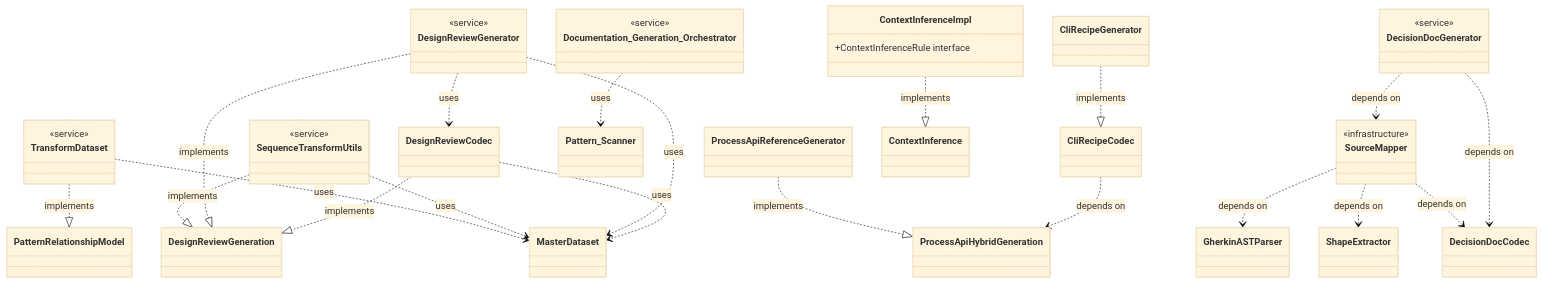
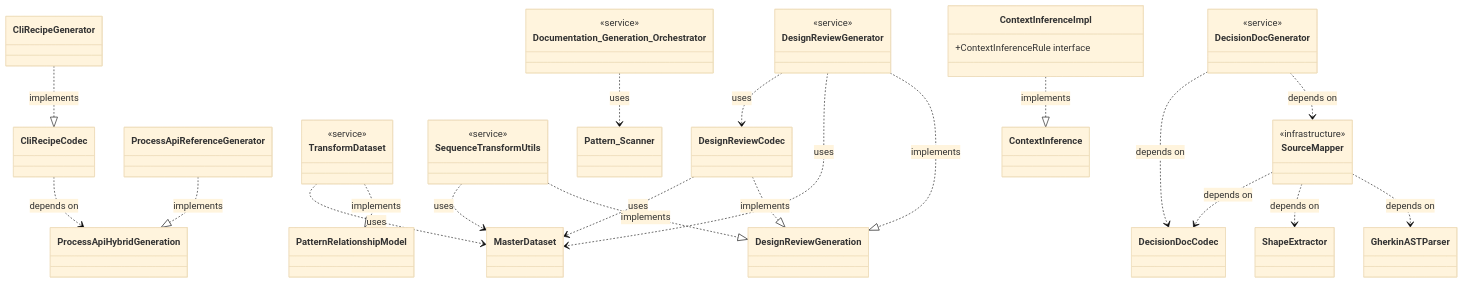
One commit to libar-dev/architect changed the third of 6 diagrams in docs-live/reference/REFERENCE-SAMPLE.md. Above: the diagram before and after it, drawn with Mermaid (base theme). The commit also changed other lines of this file and 8 other files, not shown here.

````diff
--- a/docs-live/reference/REFERENCE-SAMPLE.md
+++ b/docs-live/reference/REFERENCE-SAMPLE.md
@@ -243,58 +243,58 @@
 ```mermaid
 classDiagram
     class SourceMapper {
         <<infrastructure>>
     }
     class Documentation_Generation_Orchestrator {
         <<service>>
-    }
-    class TransformDataset {
-        <<service>>
-    }
-    class SequenceTransformUtils {
-        <<service>>
-    }
-    class ContextInferenceImpl {
-        +ContextInferenceRule interface
     }
     class ProcessApiReferenceGenerator {
     }
     class DesignReviewGenerator {
         <<service>>
     }
     class DecisionDocGenerator {
         <<service>>
     }
     class CliRecipeGenerator {
     }
+    class TransformDataset {
+        <<service>>
+    }
+    class SequenceTransformUtils {
+        <<service>>
+    }
+    class ContextInferenceImpl {
+        +ContextInferenceRule interface
+    }
     class MasterDataset
+    class ShapeExtractor
     class Pattern_Scanner
     class GherkinASTParser
-    class ShapeExtractor
     class DesignReviewCodec
     class DecisionDocCodec
     class ProcessApiHybridGeneration
     class PatternRelationshipModel
     class DesignReviewGeneration
     class CliRecipeCodec
     class ContextInference
     SourceMapper ..> DecisionDocCodec : depends on
     SourceMapper ..> ShapeExtractor : depends on
     SourceMapper ..> GherkinASTParser : depends on
     Documentation_Generation_Orchestrator ..> Pattern_Scanner : uses
-    TransformDataset ..> MasterDataset : uses
-    TransformDataset ..|> PatternRelationshipModel : implements
-    SequenceTransformUtils ..> MasterDataset : uses
-    SequenceTransformUtils ..|> DesignReviewGeneration : implements
-    ContextInferenceImpl ..|> ContextInference : implements
     ProcessApiReferenceGenerator ..|> ProcessApiHybridGeneration : implements
     DesignReviewGenerator ..> DesignReviewCodec : uses
     DesignReviewGenerator ..> MasterDataset : uses
     DesignReviewGenerator ..|> DesignReviewGeneration : implements
     DecisionDocGenerator ..> DecisionDocCodec : depends on
     DecisionDocGenerator ..> SourceMapper : depends on
     CliRecipeGenerator ..|> CliRecipeCodec : implements
+    TransformDataset ..> MasterDataset : uses
+    TransformDataset ..|> PatternRelationshipModel : implements
+    SequenceTransformUtils ..> MasterDataset : uses
+    SequenceTransformUtils ..|> DesignReviewGeneration : implements
+    ContextInferenceImpl ..|> ContextInference : implements
     DesignReviewCodec ..> MasterDataset : uses
     DesignReviewCodec ..|> DesignReviewGeneration : implements
     CliRecipeCodec ..> ProcessApiHybridGeneration : depends on
 ```
````
